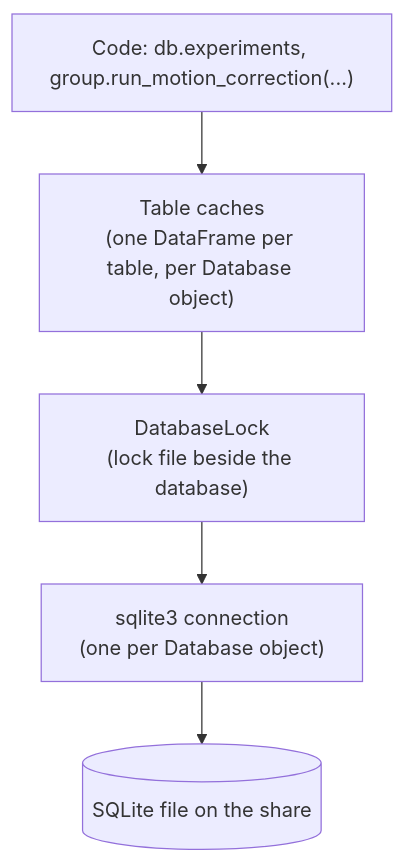
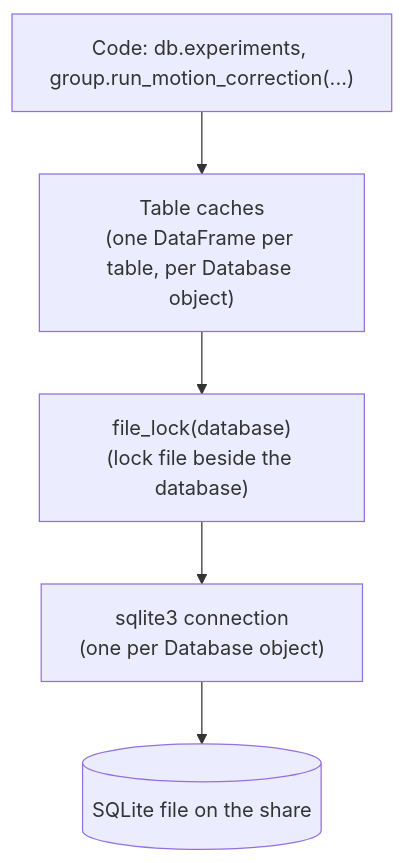
Before and after one commit to vambrosi/ODyn: the second of 6 diagrams in docs/database.md, drawn with Mermaid. The commit also changed other lines of this file and 16 other files, not shown here.

````diff
--- a/docs/database.md
+++ b/docs/database.md
@@ -41,9 +41,9 @@
 ```mermaid
 flowchart TB
     code["Code: db.experiments, group.run_motion_correction(...)"]
     cache["Table caches<br/>(one DataFrame per table, per Database object)"]
-    lock["DatabaseLock<br/>(lock file beside the database)"]
+    lock["file_lock(database)<br/>(lock file beside the database)"]
     con["sqlite3 connection<br/>(one per Database object)"]
     file[("SQLite file on the share")]
     code --> cache --> lock --> con --> file
 ```
````
